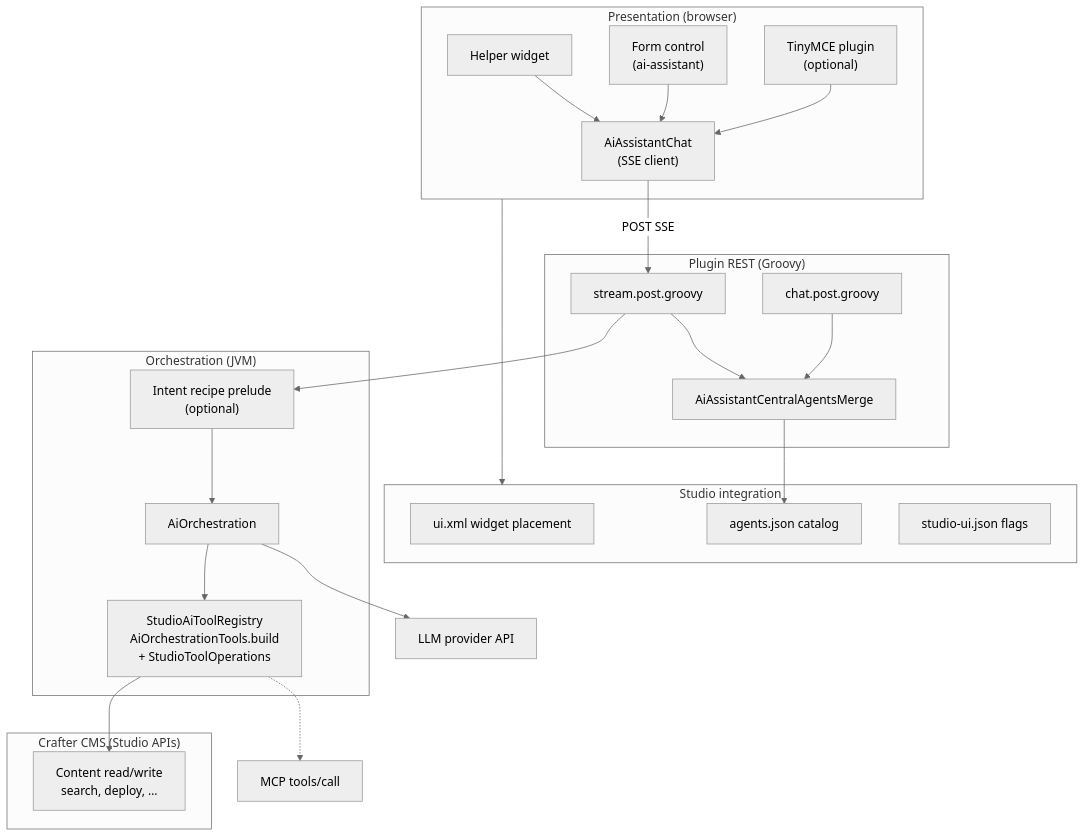
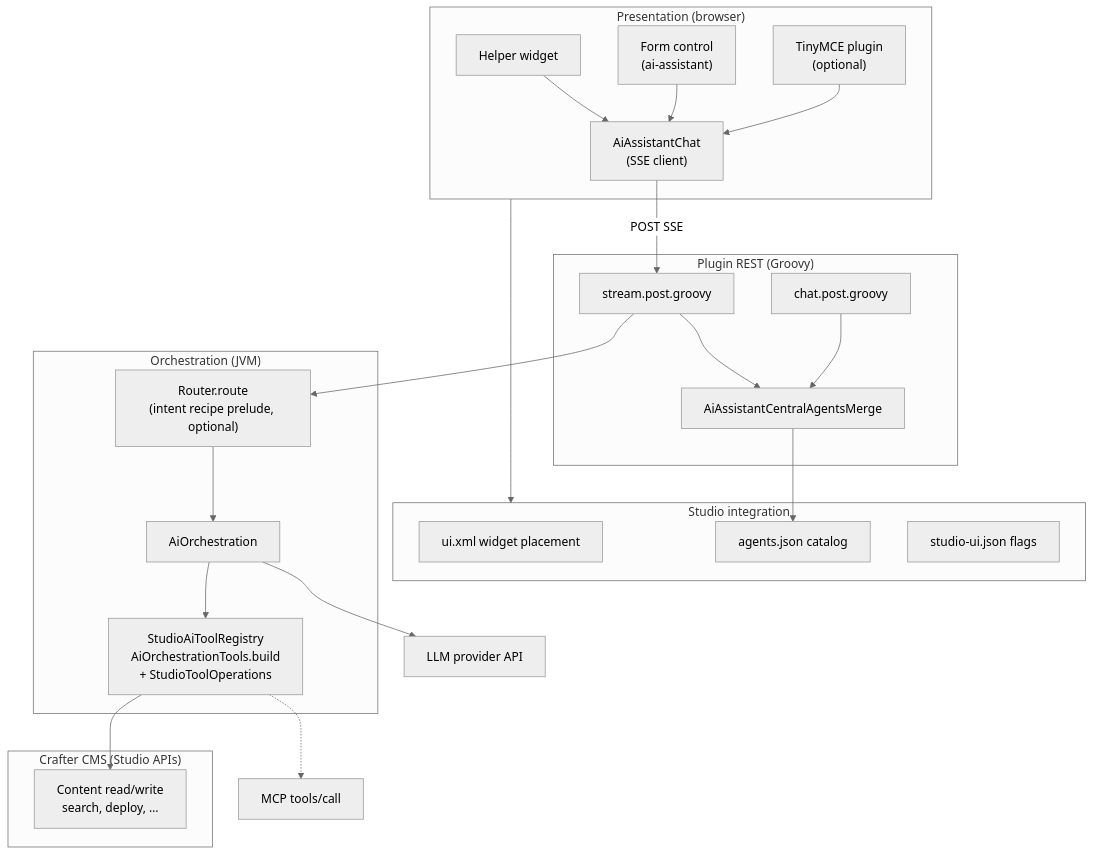
The second of 13 diagrams in docs/architecture-diagrams.md (craftercms/ai-assistant-plugin), drawn with Mermaid (neutral theme) before and after one commit. The commit also changed other lines of this file and 1 other file, not shown here.

First line of the commit message:
Fix architecture diagrams and spec paths to match runtime layout.

````diff
--- a/docs/architecture-diagrams.md
+++ b/docs/architecture-diagrams.md
@@ -84,46 +84,46 @@
 ```mermaid
 flowchart TB
   subgraph presentation["Presentation (browser)"]
     Helper["Helper widget"]
     FormCtl["Form control\n(ai-assistant)"]
     Chat["AiAssistantChat\n(SSE client)"]
     TinyMCE["TinyMCE plugin\n(optional)"]
     Helper --> Chat
     FormCtl --> Chat
     TinyMCE --> Chat
   end
 
   subgraph studioIntegration["Studio integration"]
     UiXml["ui.xml widget placement"]
     AgentsFile["agents.json catalog"]
     StudioUi["studio-ui.json flags"]
   end
 
   subgraph rest["Plugin REST (Groovy)"]
     Stream["stream.post.groovy"]
     ChatRest["chat.post.groovy"]
     Merge["AiAssistantCentralAgentsMerge"]
     Stream --> Merge
     ChatRest --> Merge
   end
 
   subgraph orchestration["Orchestration (JVM)"]
-    Recipes["Intent recipe prelude\n(optional)"]
+    Recipes["Router.route\n(intent recipe prelude, optional)"]
     Orch["AiOrchestration"]
     Tools["StudioAiToolRegistry\nAiOrchestrationTools.build\n+ StudioToolOperations"]
     Stream --> Recipes
     Recipes --> Orch
     Orch --> Tools
   end
 
   subgraph cms["Crafter CMS (Studio APIs)"]
     ReadWrite["Content read/write\nsearch, deploy, …"]
   end
 
   Chat -->|"POST SSE"| Stream
   presentation --> studioIntegration
   Merge --> AgentsFile
   Tools --> ReadWrite
   Orch --> LLM["LLM provider API"]
   Tools -.-> MCP["MCP tools/call"]
 ```
````
